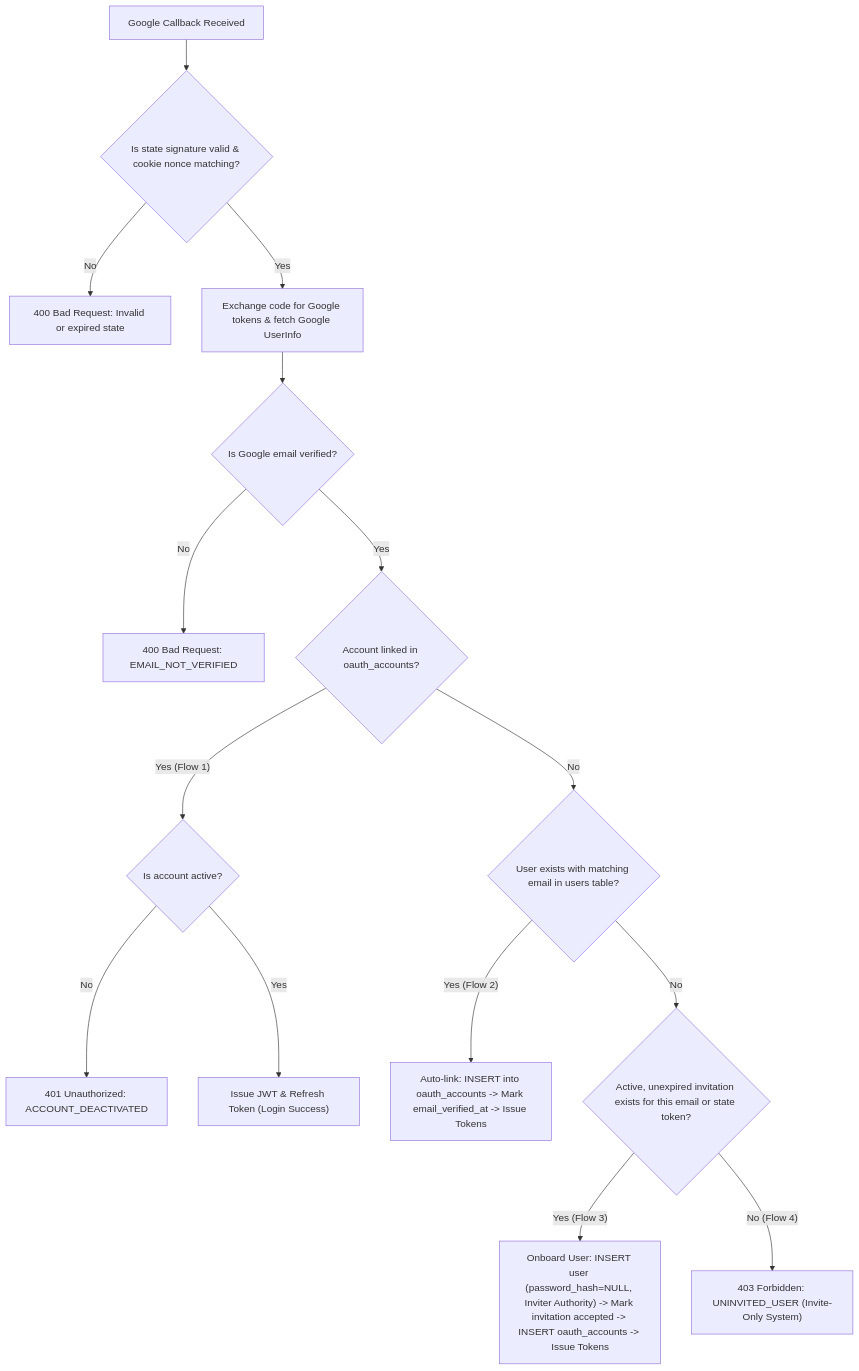
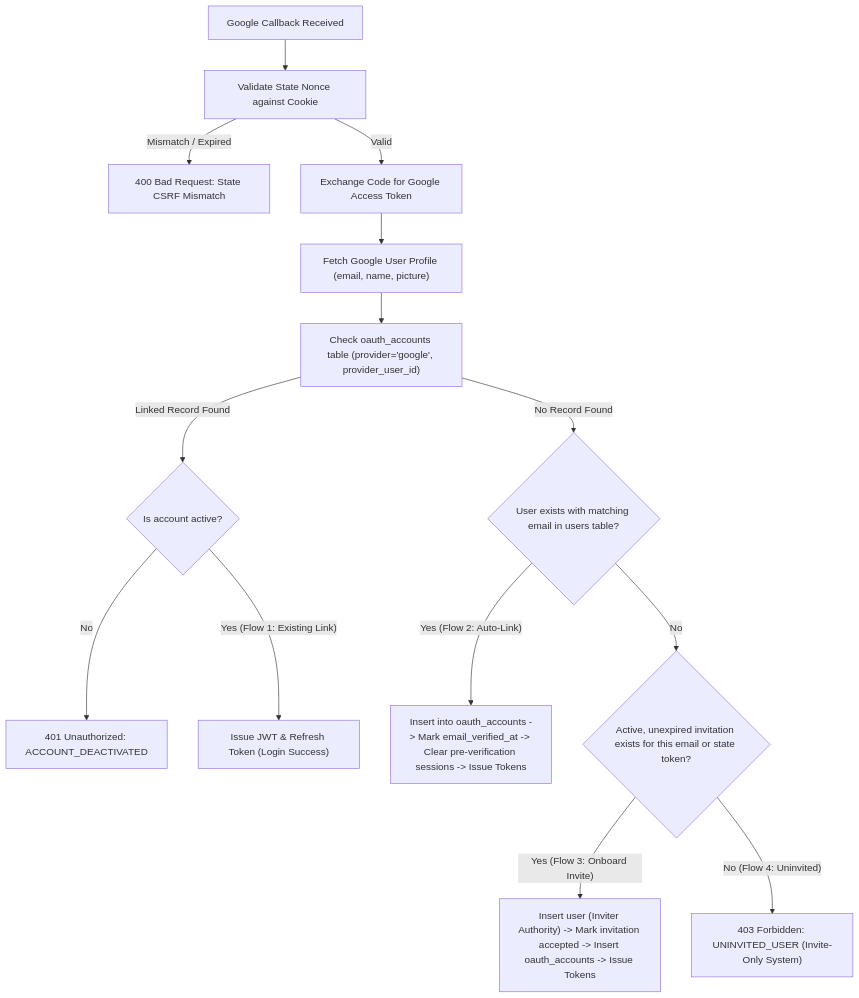
Before and after one commit to berbagibitesjogja/core-system: the diagram in docs/API_Contracts/GoogleOAuth.md, drawn with Mermaid. The commit also changed other lines of this file and 70 other files, not shown here.

````diff
--- a/docs/API_Contracts/GoogleOAuth.md
+++ b/docs/API_Contracts/GoogleOAuth.md
@@ -122,17 +124,16 @@
 ```mermaid
 flowchart TD
-    A["Google Callback Received"] --> B{"Is state signature valid & cookie nonce matching?"}
-    B -- No --> C["400 Bad Request: Invalid or expired state"]
-    B -- Yes --> D["Exchange code for Google tokens & fetch Google UserInfo"]
-    D --> E{"Is Google email verified?"}
-    E -- No --> F["400 Bad Request: EMAIL_NOT_VERIFIED"]
-    E -- Yes --> G{"Account linked in oauth_accounts?"}
-    G -- Yes (Flow 1) --> H{"Is account active?"}
-    H -- No --> I["401 Unauthorized: ACCOUNT_DEACTIVATED"]
-    H -- Yes --> J["Issue JWT & Refresh Token (Login Success)"]
-    G -- No --> K{"User exists with matching email in users table?"}
-    K -- Yes (Flow 2) --> L["Auto-link: INSERT into oauth_accounts -> Mark email_verified_at -> Issue Tokens"]
-    K -- No --> M{"Active, unexpired invitation exists for this email or state token?"}
-    M -- Yes (Flow 3) --> N["Onboard User: INSERT user (password_hash=NULL, Inviter Authority) -> Mark invitation accepted -> INSERT oauth_accounts -> Issue Tokens"]
-    M -- No (Flow 4) --> O["403 Forbidden: UNINVITED_USER (Invite-Only System)"]
+    A["Google Callback Received"] --> B["Validate State Nonce against Cookie"]
+    B -- Mismatch / Expired --> C["400 Bad Request: State CSRF Mismatch"]
+    B -- Valid --> D["Exchange Code for Google Access Token"]
+    D --> E["Fetch Google User Profile (email, name, picture)"]
+    E --> F["Check oauth_accounts table (provider='google', provider_user_id)"]
+    F -- Linked Record Found --> G{"Is account active?"}
+    G -- No --> H["401 Unauthorized: ACCOUNT_DEACTIVATED"]
+    G -- Yes (Flow 1: Existing Link) --> I["Issue JWT & Refresh Token (Login Success)"]
+    F -- No Record Found --> J{"User exists with matching email in users table?"}
+    J -- Yes (Flow 2: Auto-Link) --> K["Insert into oauth_accounts -> Mark email_verified_at -> Clear pre-verification sessions -> Issue Tokens"]
+    J -- No --> L{"Active, unexpired invitation exists for this email or state token?"}
+    L -- Yes (Flow 3: Onboard Invite) --> M["Insert user (Inviter Authority) -> Mark invitation accepted -> Insert oauth_accounts -> Issue Tokens"]
+    L -- No (Flow 4: Uninvited) --> N["403 Forbidden: UNINVITED_USER (Invite-Only System)"]
 ```
````
